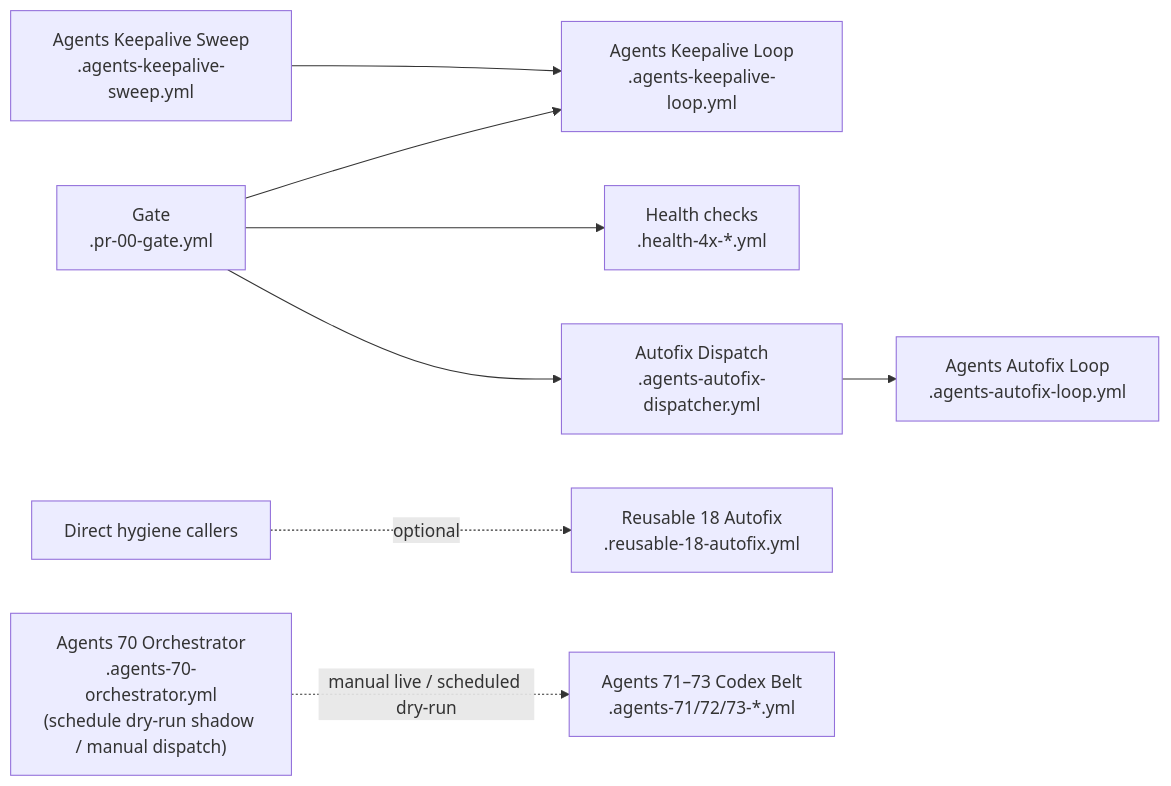
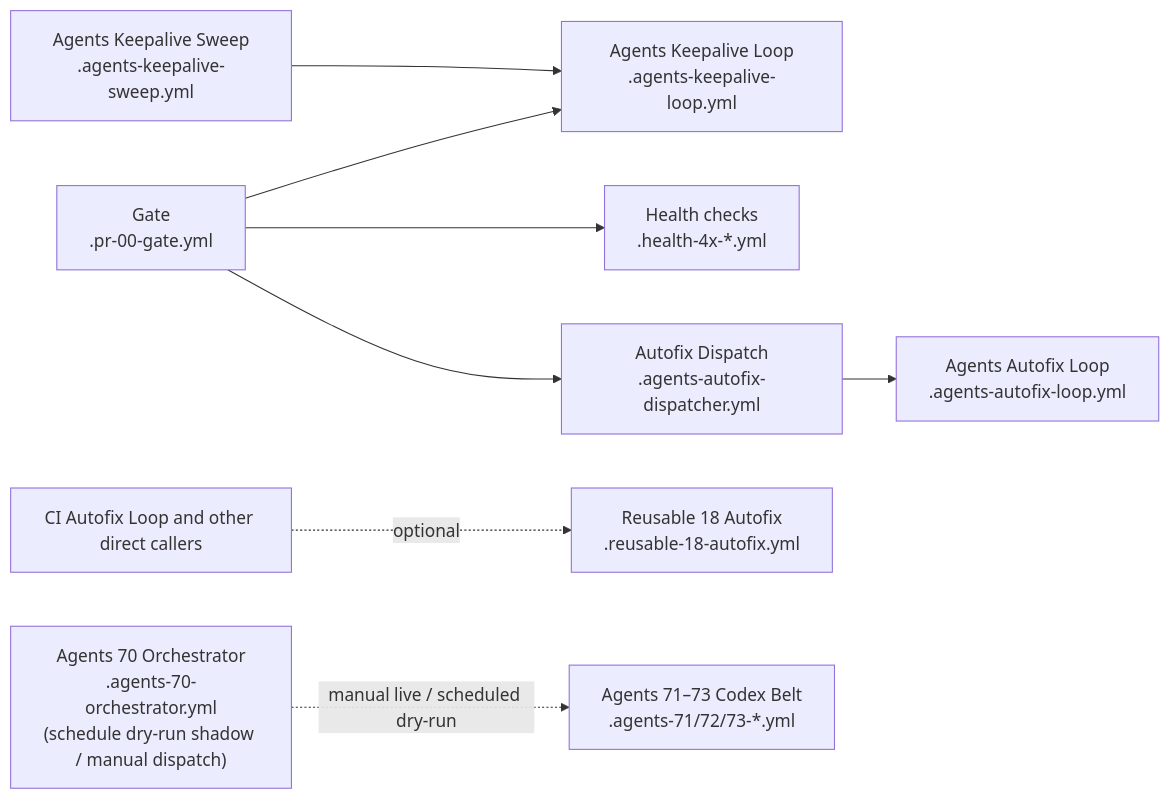
The first of 2 diagrams in docs/ci/WORKFLOWS.md (stranske/Workflows), drawn with Mermaid before and after one commit. The commit also changed other lines of this file and 3 other files, not shown here.

Commit message:
Route autofix guidance through the actual Gate and formatting callers (#4768)

````diff
--- a/docs/ci/WORKFLOWS.md
+++ b/docs/ci/WORKFLOWS.md
@@ -9,10 +9,10 @@
 ```mermaid
 flowchart LR
     gate["Gate\n.pr-00-gate.yml"] --> keepaliveLoop["Agents Keepalive Loop\n.agents-keepalive-loop.yml"]
     keepaliveSweep["Agents Keepalive Sweep\n.agents-keepalive-sweep.yml"] --> keepaliveLoop
     gate --> healthGuard["Health checks\n.health-4x-*.yml"]
     gate --> autofixDispatch["Autofix Dispatch\n.agents-autofix-dispatcher.yml"]
     autofixDispatch --> autofixLoop["Agents Autofix Loop\n.agents-autofix-loop.yml"]
-    directCallers["Direct hygiene callers"] -. optional .-> autofix["Reusable 18 Autofix\n.reusable-18-autofix.yml"]
+    directCallers["CI Autofix Loop and other direct callers"] -. optional .-> autofix["Reusable 18 Autofix\n.reusable-18-autofix.yml"]
     agents70["Agents 70 Orchestrator\n.agents-70-orchestrator.yml\n(schedule dry-run shadow / manual dispatch)"] -. manual live / scheduled dry-run .-> agentsBelt["Agents 71–73 Codex Belt\n.agents-71/72/73-*.yml"]
 ```
````
